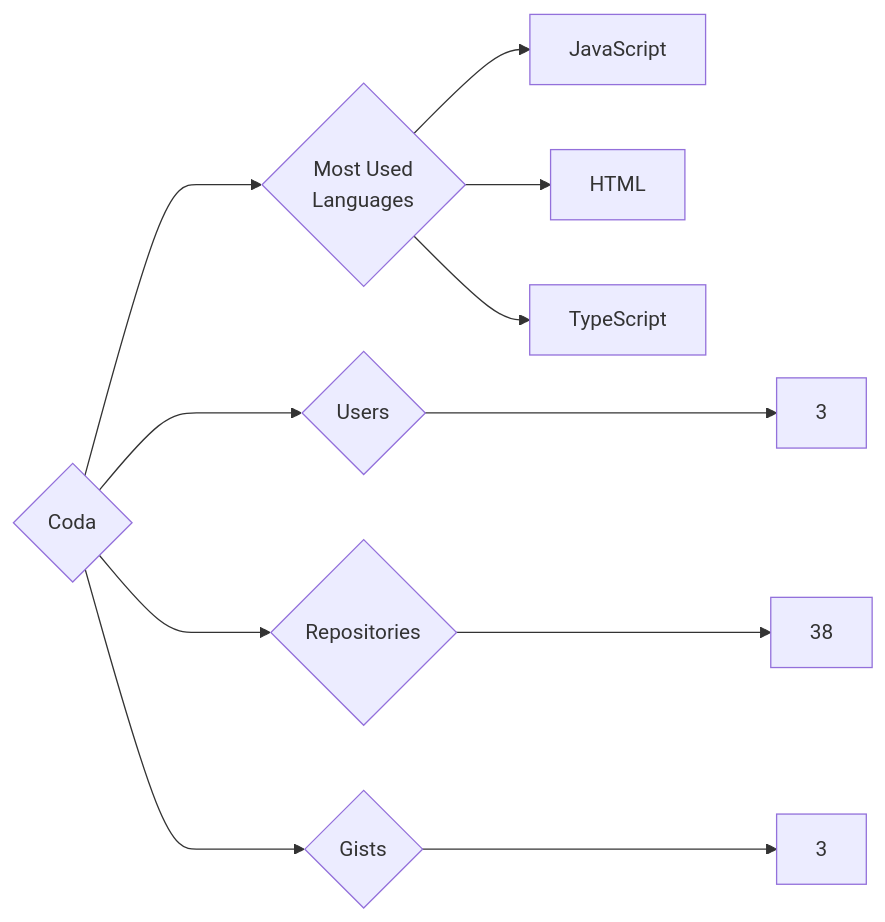
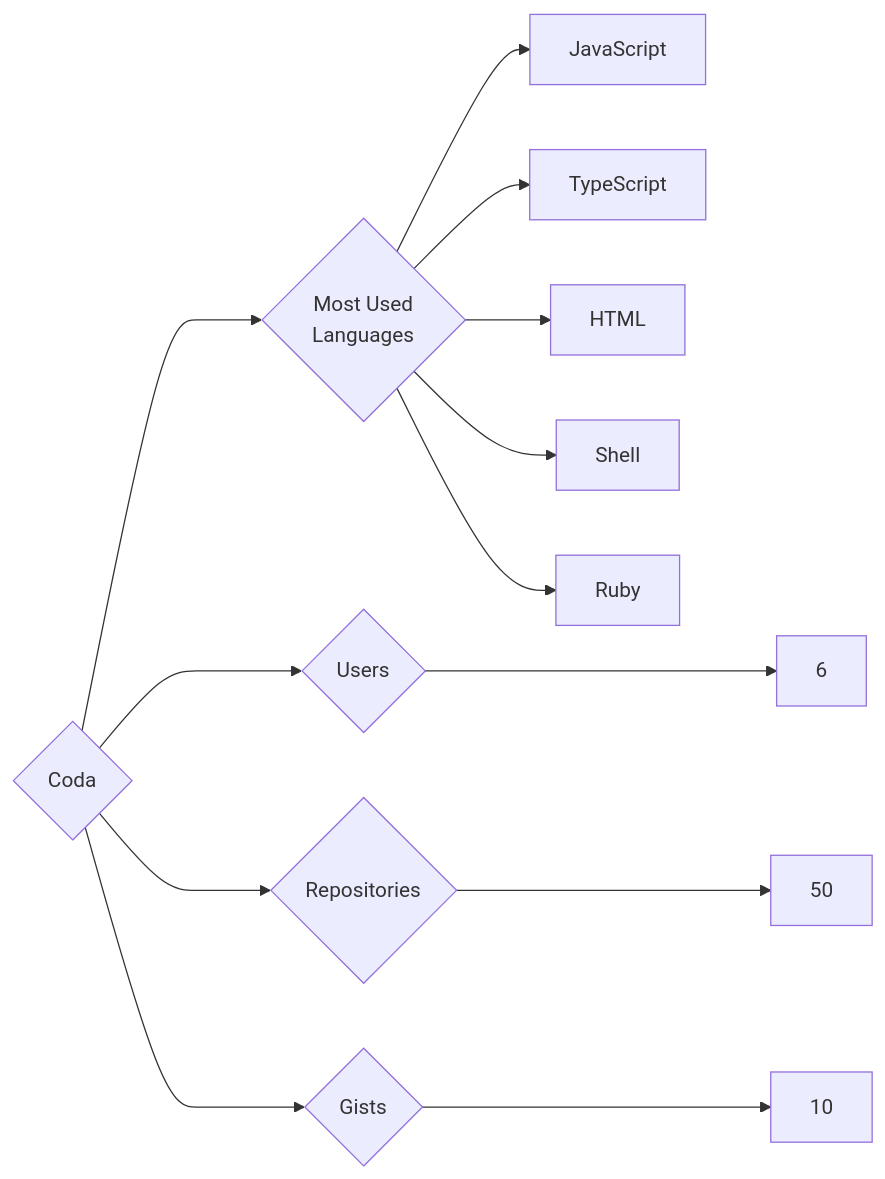
The diagram in targets/Coda/README.md (trickest/insiders), drawn with Mermaid before and after one commit. The commit also changed 1092 other files, not shown here.

````diff
--- a/targets/Coda/README.md
+++ b/targets/Coda/README.md
@@ -3,11 +3,13 @@
 ```mermaid
 graph LR
 COMPANY_NAME{Coda}
-COMPANY_NAME ---> U{Users} ---> UN[3]
-COMPANY_NAME ---> R{Repositories} ---> RN[38]
-COMPANY_NAME ---> G{Gists} ---> GN[3]
+COMPANY_NAME ---> U{Users} ---> UN[6]
+COMPANY_NAME ---> R{Repositories} ---> RN[50]
+COMPANY_NAME ---> G{Gists} ---> GN[10]
 COMPANY_NAME ---> ML{Most Used<br>Languages}
 ML --> JavaScript[JavaScript]
+ML --> TypeScript[TypeScript]
 ML --> HTML[HTML]
-ML --> TypeScript[TypeScript]
+ML --> Shell[Shell]
+ML --> Ruby[Ruby]
 ```
````
